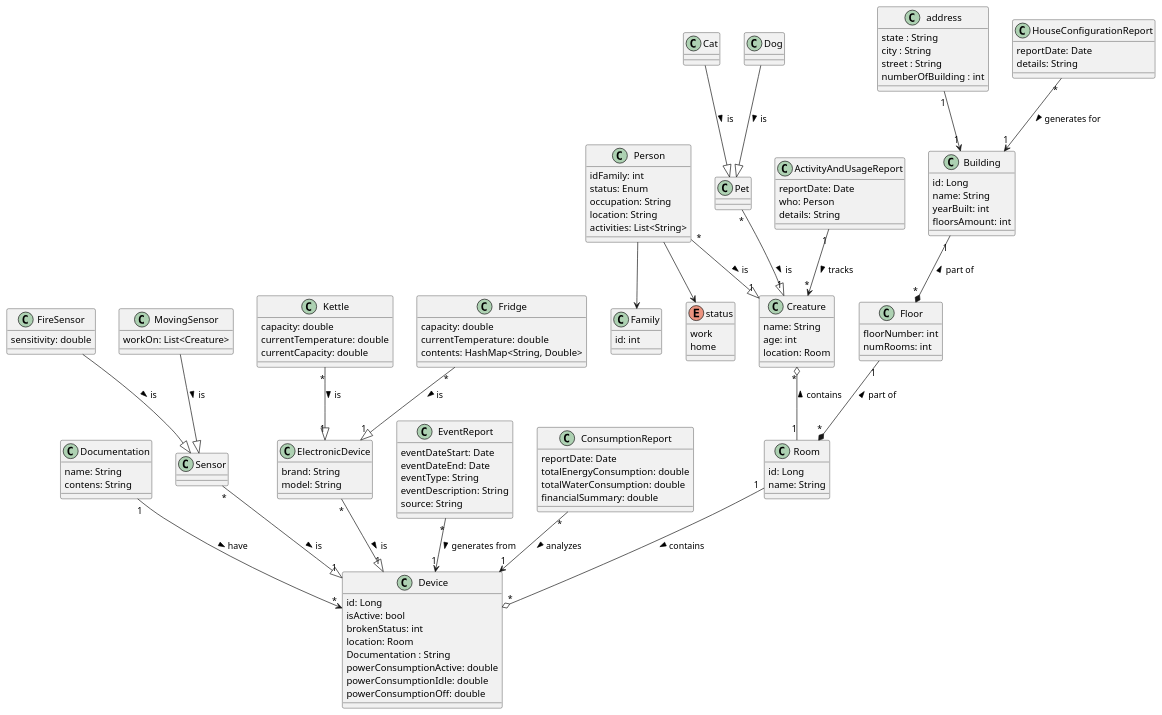
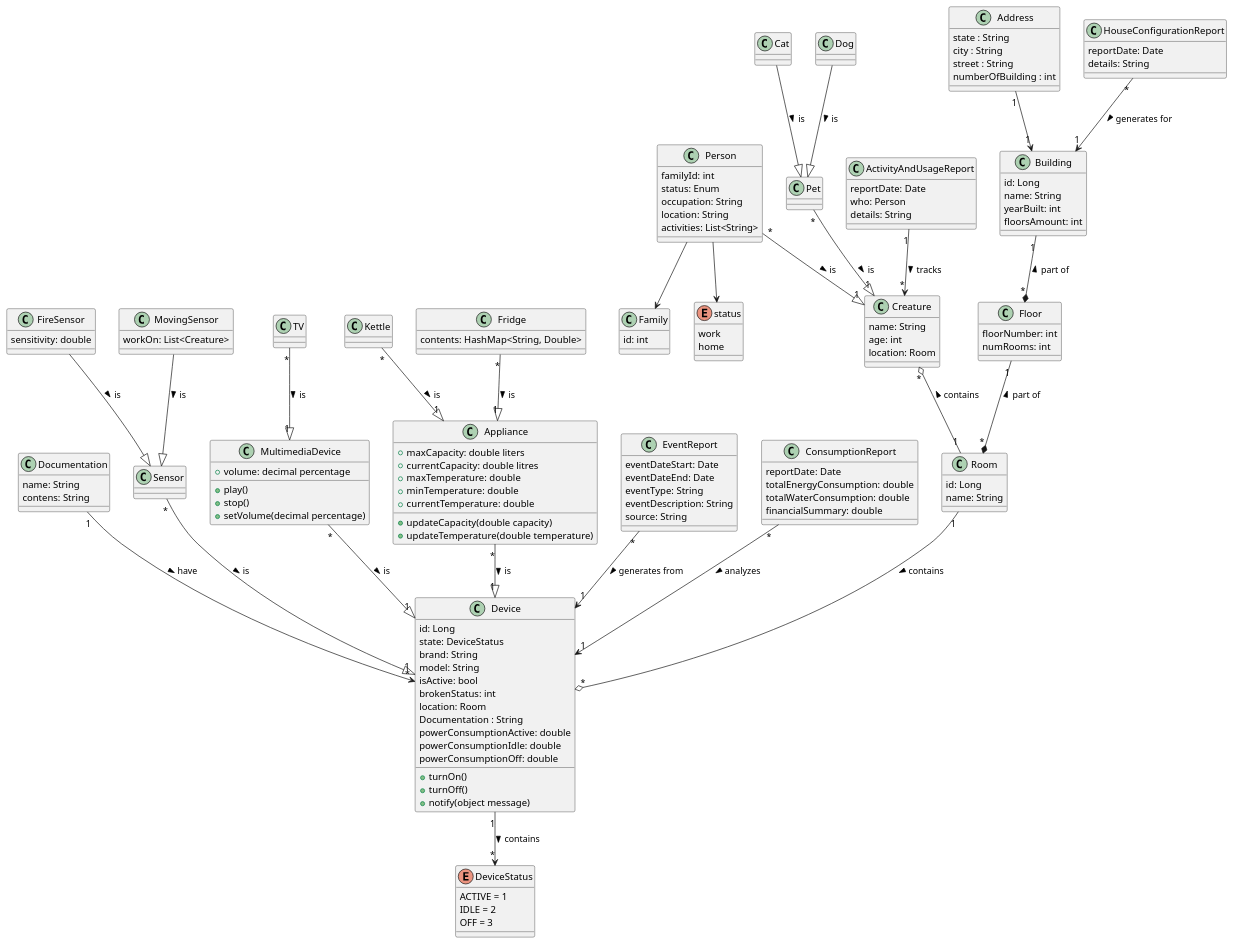
One commit to ofgot/SmartHome changed the diagram in docs/diagram.puml. Above: the diagram before and after it, drawn with PlantUML. The commit also changed 1 other file, not shown here.

Commit message:
feat(docs): update diagram

```diff
--- a/docs/diagram.puml
+++ b/docs/diagram.puml
@@ -1,158 +1,185 @@
 @startuml
 class "Building" as bl {
     id: Long
     name: String
     yearBuilt: int
     floorsAmount: int
 }
 
-class address{
+class Address {
     state : String
     city : String
     street : String
     numberOfBuilding : int
+}
 
-}
-address "1" --> "1" bl
+Address "1" --> "1" bl
 
 class "Floor" as fl {
     floorNumber: int
     numRooms: int
 }
 
 class "Room" as ro {
     id: Long
     name: String
 }
 
 class "Documentation" {
     name: String
     contens: String
 }
 
 class "Device" as de {
     id: Long
+    state: DeviceStatus
+    brand: String
+    model: String
     isActive: bool
     brokenStatus: int
     location: Room
     Documentation : String
     powerConsumptionActive: double
     powerConsumptionIdle: double
     powerConsumptionOff: double
+    +turnOn()
+    +turnOff()
+    +notify(object message)
+}
+
+enum "DeviceStatus" as ds {
+    ACTIVE = 1
+    IDLE = 2
+    OFF = 3
 }
 
 class "Sensor" as se {
 
 }
 
 class "FireSensor" as fise {
     sensitivity: double
 }
 
 class "MovingSensor" as mose {
     workOn: List<Creature>
 }
-class "ElectronicDevice" as elde {
-    brand: String
-    model: String
+
+class "MultimediaDevice" as md {
+    +volume: decimal percentage
+    +play()
+    +stop()
+    +setVolume(decimal percentage)
+}
+
+class "Appliance" as ad {
+    +maxCapacity: double liters
+    +currentCapacity: double litres
+    +maxTemperature: double
+    +minTemperature: double
+    +currentTemperature: double
+    +updateCapacity(double capacity)
+    +updateTemperature(double temperature)
+}
+
+class "TV" as tv {
 }
 
 class "Kettle" as ket {
-    capacity: double
-    currentTemperature: double
-    currentCapacity: double
 }
 
 class "Fridge" as frid {
-    capacity: double
-    currentTemperature: double
     contents: HashMap<String, Double>
 }
 
 class "Creature" as cret {
     name: String
     age: int
     location: Room
 }
 
 class "Person" as pers {
-    idFamily: int
+    familyId: int
     status: Enum
     occupation: String
     location: String
     activities: List<String>
 }
 
 class Family {
     id: int
 }
 pers --> Family
 
 Enum status {
     work
     home
 }
 
 class "Pet" as pet{
 }
 
 class "Cat" as cat {
 }
 
 class "Dog" as dog {
 }
 
 class "HouseConfigurationReport" {
     reportDate: Date
     details: String
 }
 
 class "EventReport" {
     eventDateStart: Date
     eventDateEnd: Date
     eventType: String
     eventDescription: String
     source: String
 }
 class "ActivityAndUsageReport" {
     reportDate: Date
     who: Person
     details: String
 }
 
 class "ConsumptionReport" {
     reportDate: Date
     totalEnergyConsumption: double
     totalWaterConsumption: double
     financialSummary: double
 }
 
 HouseConfigurationReport "*" --> "1" bl : generates for >
 EventReport "*" --> "1" de : generates from >
 ActivityAndUsageReport "1" --> "*" cret : tracks >
 ConsumptionReport "*" --> "1" de : analyzes >
 
 cret "*" o-- "1" ro : contains <
 
 pers "*" --|> "1" cret : is >
 pers --> status
 pet "*" --|> "1" cret : is >
 
 cat  --|> pet : is >
 dog --|> pet : is >
 
 bl "1" --* "*" fl : part of <
 
 fl "1" --* "*" ro : part of <
 
 ro "1" --o "*" de : contains >
 Documentation "1" --> "*" de : have >
+de "1" --> "*" ds : contains >
 
-elde "*" --|> "1" de : is >
-ket "*" --|> "1" elde : is >
-frid "*" --|> "1" elde : is >
+md "*" --|> "1" de : is >
+ad "*" --|> "1" de : is >
+
+tv "*" --|> "1" md : is >
+ket "*" --|> "1" ad : is >
+frid "*" --|> "1" ad : is >
 
 se "*" --|> "1" de : is >
 fise --|> se : is >
 mose --|> se : is >
 @enduml
```
